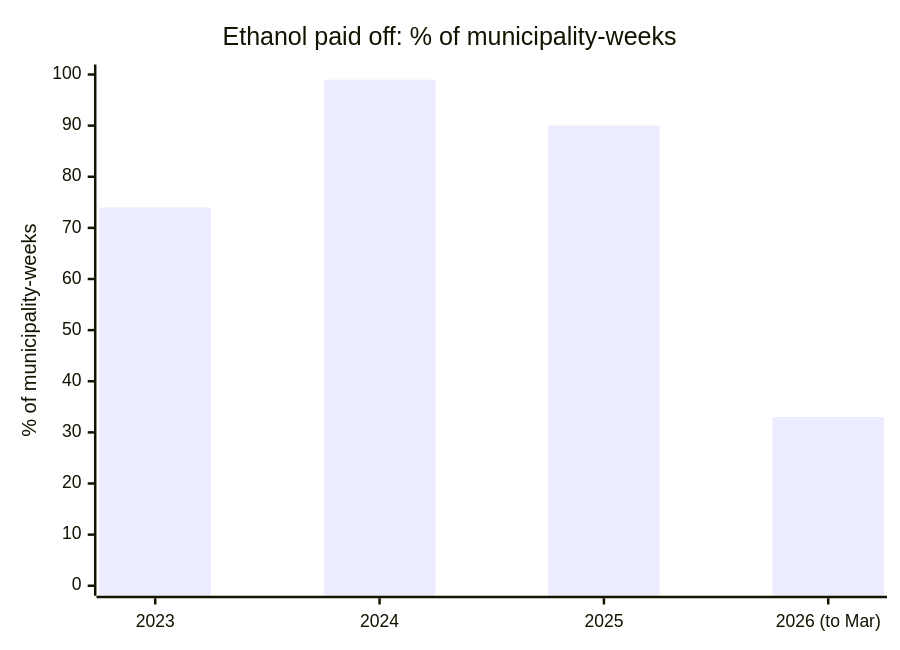
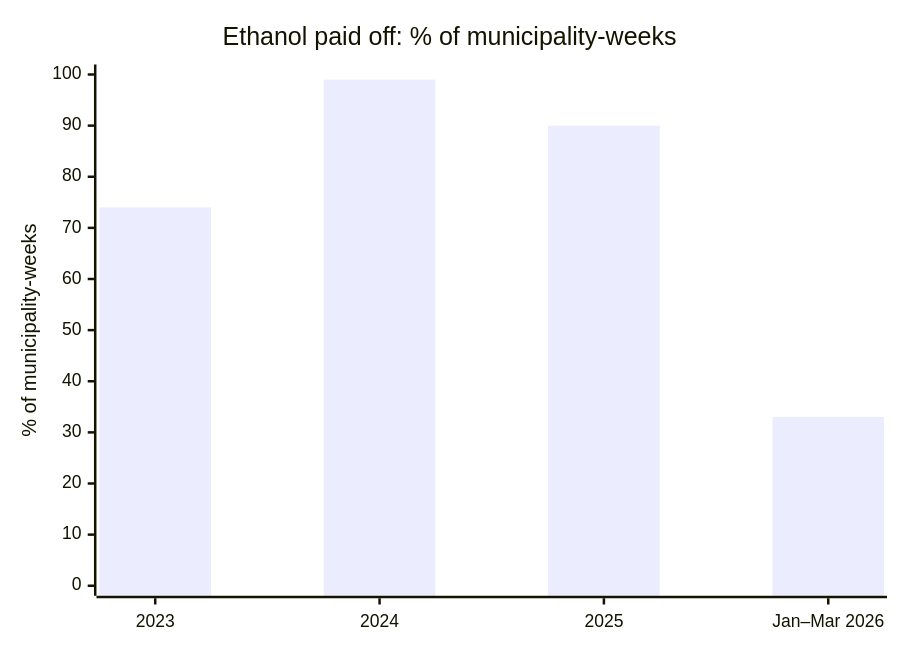
The diagram in README.en.md (lutmaia/fuelradar), drawn with Mermaid before and after one commit. The commit also changed other lines of this file and 1 other file, not shown here.

Commit message:
README: deixa claro que o 2026 do gráfico do etanol é só a entressafra

````diff
--- a/README.en.md
+++ b/README.en.md
@@ -23,7 +23,7 @@
 ```mermaid
 xychart-beta
     title "Ethanol paid off: % of municipality-weeks"
-    x-axis ["2023", "2024", "2025", "2026 (to Mar)"]
+    x-axis ["2023", "2024", "2025", "Jan–Mar 2026"]
     y-axis "% of municipality-weeks" 0 --> 100
     bar [74, 99, 90, 33]
 ```
````
